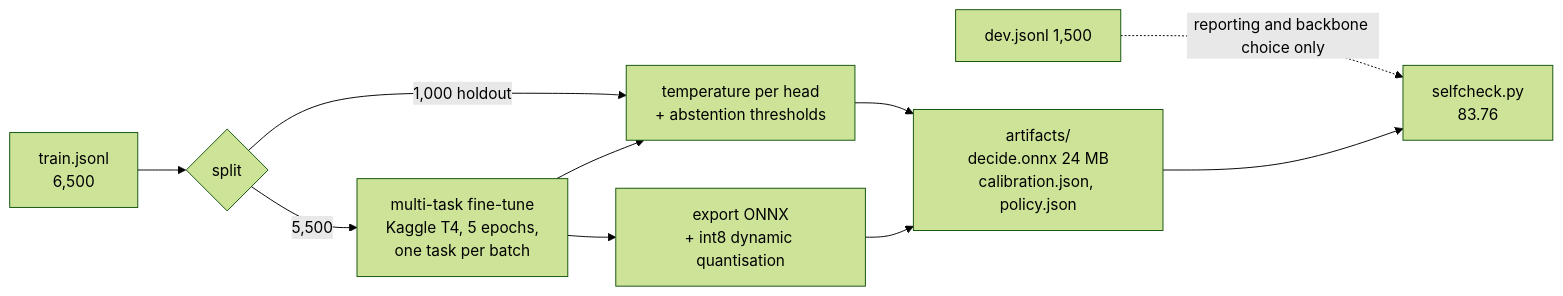
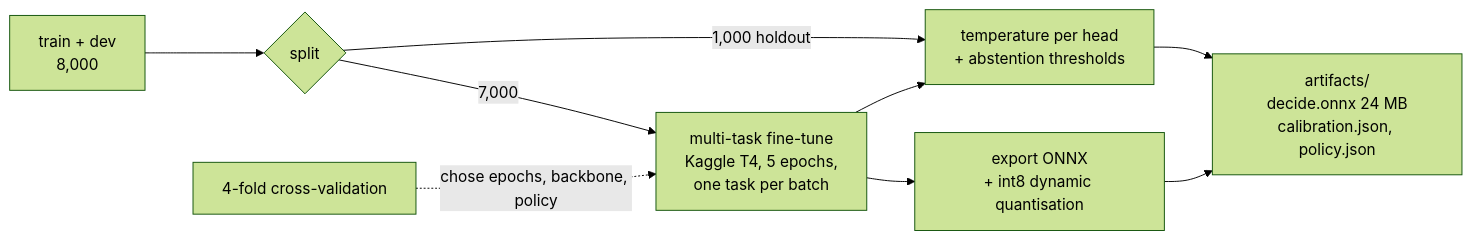
Before and after one commit to Amal-Verma/Jev-router-decide: the fifth of 5 diagrams in docs/ARCHITECTURE.md, drawn with Mermaid (forest theme). The commit also changed other lines of this file and 6 other files, not shown here.

````diff
--- a/docs/ARCHITECTURE.md
+++ b/docs/ARCHITECTURE.md
@@ -91,12 +91,11 @@
 ```mermaid
 flowchart LR
-    D["train.jsonl<br/>6,500"] --> SP{"split"}
-    SP -->|5,500| TR["multi-task fine-tune<br/>Kaggle T4, 5 epochs,<br/>one task per batch"]
+    D["train + dev<br/>8,000"] --> SP{"split"}
+    SP -->|7,000| TR["multi-task fine-tune<br/>Kaggle T4, 5 epochs,<br/>one task per batch"]
     SP -->|1,000 holdout| CAL["temperature per head<br/>+ abstention thresholds"]
     TR --> CAL
     TR --> EX["export ONNX<br/>+ int8 dynamic quantisation"]
     CAL --> ART["artifacts/<br/>decide.onnx 24 MB<br/>calibration.json, policy.json"]
     EX --> ART
-    DEV["dev.jsonl 1,500"] -.->|"reporting and backbone choice only"| SC["selfcheck.py<br/>83.76"]
-    ART --> SC
+    CV["4-fold cross-validation"] -.->|"chose epochs, backbone, policy"| TR
 ```
````
